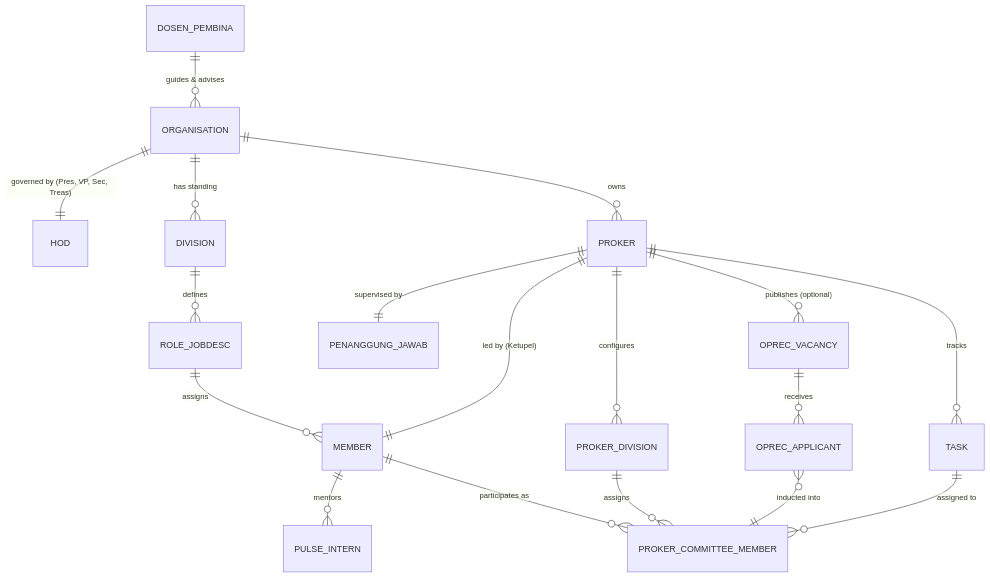
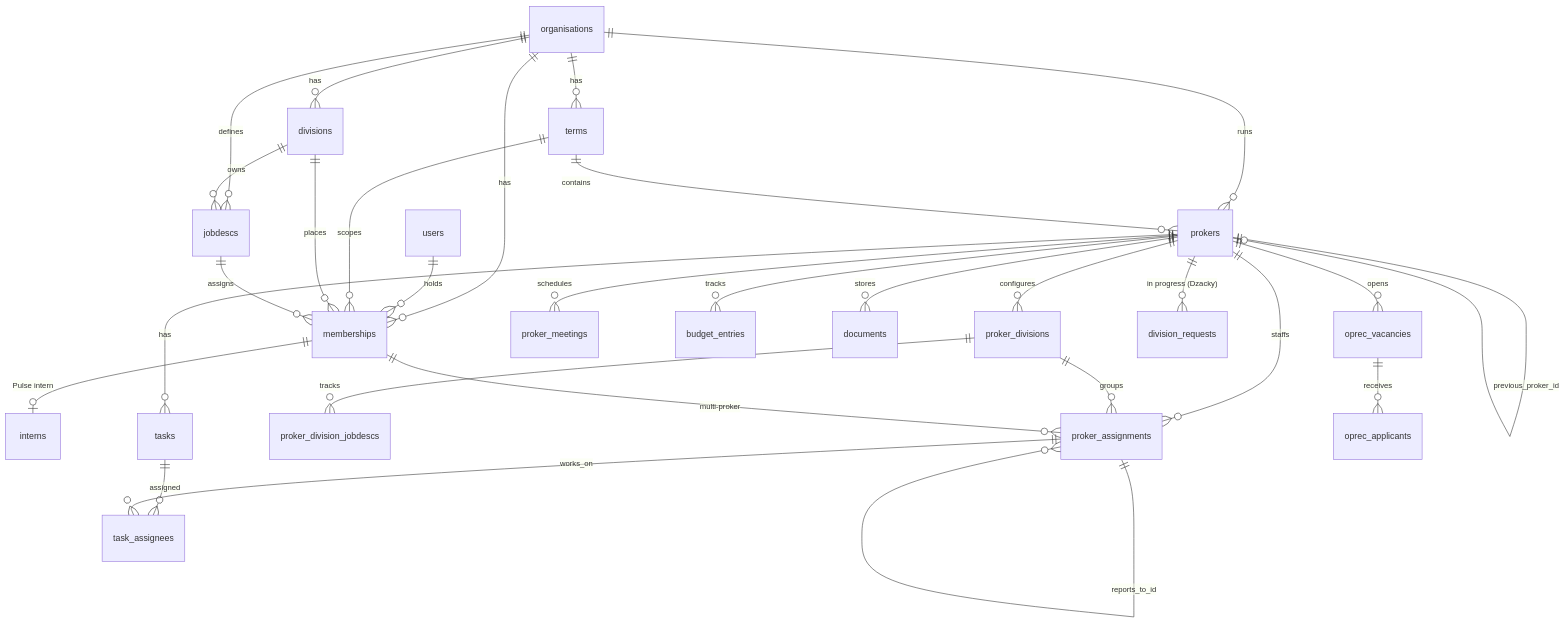
Before and after one commit to Sean-230/Himpun-Cloudcom: the fifth of 5 diagrams in README.md, drawn with Mermaid. The commit also changed other lines of this file and 10 other files, not shown here.

````diff
--- a/README.md
+++ b/README.md
@@ -217,23 +250,35 @@
 ```mermaid
 erDiagram
-    DOSEN_PEMBINA ||--o{ ORGANISATION : "guides & advises"
-    ORGANISATION ||--|| HOD : "governed by (Pres, VP, Sec, Treas)"
-    ORGANISATION ||--o{ DIVISION : "has standing"
-    DIVISION ||--o{ ROLE_JOBDESC : defines
-    ROLE_JOBDESC ||--o{ MEMBER : assigns
-    MEMBER ||--o{ PULSE_INTERN : mentors
+    organisations ||--o{ terms : has
+    organisations ||--o{ divisions : has
+    organisations ||--o{ jobdescs : defines
+    organisations ||--o{ memberships : has
+    organisations ||--o{ prokers : runs
 
-    ORGANISATION ||--o{ PROKER : owns
-    PROKER ||--|| PENANGGUNG_JAWAB : "supervised by"
-    PROKER ||--|| MEMBER : "led by (Ketupel)"
-    PROKER ||--o{ PROKER_DIVISION : configures
-    PROKER_DIVISION ||--o{ PROKER_COMMITTEE_MEMBER : assigns
-    MEMBER ||--o{ PROKER_COMMITTEE_MEMBER : "participates as"
+    users ||--o{ memberships : holds
+    terms ||--o{ memberships : scopes
+    divisions ||--o{ jobdescs : owns
+    divisions ||--o{ memberships : places
+    jobdescs ||--o{ memberships : assigns
+    memberships ||--o| interns : "Pulse intern"
 
-    PROKER ||--o{ OPREC_VACANCY : "publishes (optional)"
-    OPREC_VACANCY ||--o{ OPREC_APPLICANT : receives
-    OPREC_APPLICANT }o--|| PROKER_COMMITTEE_MEMBER : "inducted into"
+    terms ||--o{ prokers : contains
+    prokers ||--o| prokers : "previous_proker_id"
+    prokers ||--o{ proker_divisions : configures
+    prokers ||--o{ proker_assignments : staffs
+    proker_divisions ||--o{ proker_assignments : groups
+    memberships ||--o{ proker_assignments : "multi-proker"
+    proker_assignments ||--o{ proker_assignments : "reports_to_id"
+    proker_divisions ||--o{ proker_division_jobdescs : tracks
+    prokers ||--o{ proker_meetings : schedules
 
-    PROKER ||--o{ TASK : tracks
-    TASK ||--o{ PROKER_COMMITTEE_MEMBER : "assigned to"
+    prokers ||--o{ budget_entries : tracks
+    prokers ||--o{ documents : stores
+    prokers ||--o{ tasks : has
+    tasks ||--o{ task_assignees : assigned
+    proker_assignments ||--o{ task_assignees : works_on
+    prokers ||--o{ oprec_vacancies : opens
+    oprec_vacancies ||--o{ oprec_applicants : receives
+
+    prokers ||--o{ division_requests : "in progress (Dzacky)"
 ```
````
